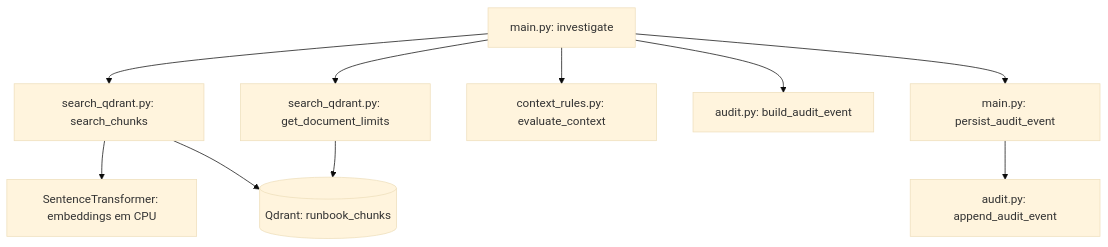
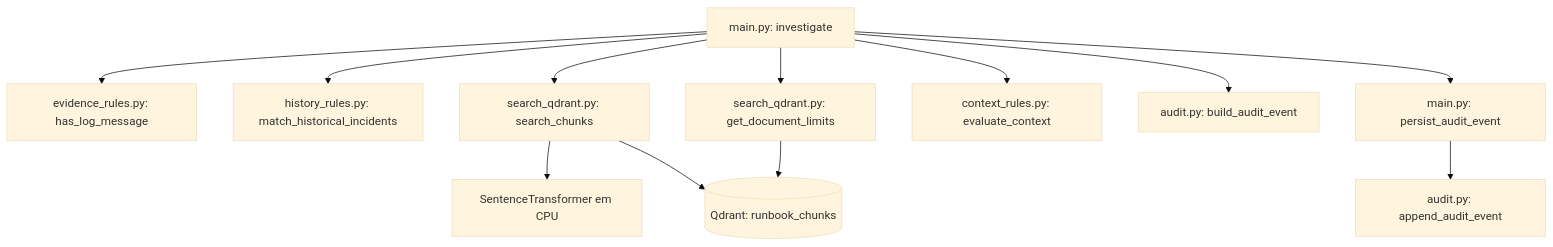
Before and after one commit to renatodanielbrito77/ai-incident-operations-assistant: the second of 4 diagrams in docs/architecture.md, drawn with Mermaid (base theme). The commit also changed other lines of this file and 1 other file, not shown here.

````diff
--- a/docs/architecture.md
+++ b/docs/architecture.md
@@ -81,21 +61,14 @@
 ```mermaid
 flowchart TD
-    Main[main.py: investigate]
-    Search[search_qdrant.py: search_chunks]
-    Limits[search_qdrant.py: get_document_limits]
-    Model[SentenceTransformer: embeddings em CPU]
-    DB[(Qdrant: runbook_chunks)]
-    Rules[context_rules.py: evaluate_context]
-    Build[audit.py: build_audit_event]
-    Persist[main.py: persist_audit_event]
-    Append[audit.py: append_audit_event]
-    Main --> Search
-    Main --> Limits
-    Search --> Model
-    Search --> DB
+    Main[main.py: investigate] --> Evidence[evidence_rules.py: has_log_message]
+    Main --> History[history_rules.py: match_historical_incidents]
+    Main --> Search[search_qdrant.py: search_chunks]
+    Main --> Limits[search_qdrant.py: get_document_limits]
+    Search --> Model[SentenceTransformer em CPU]
+    Search --> DB[(Qdrant: runbook_chunks)]
     Limits --> DB
-    Main --> Rules
-    Main --> Build
-    Main --> Persist
-    Persist --> Append
+    Main --> Rules[context_rules.py: evaluate_context]
+    Main --> Build[audit.py: build_audit_event]
+    Main --> Persist[main.py: persist_audit_event]
+    Persist --> Append[audit.py: append_audit_event]
 ```
````
